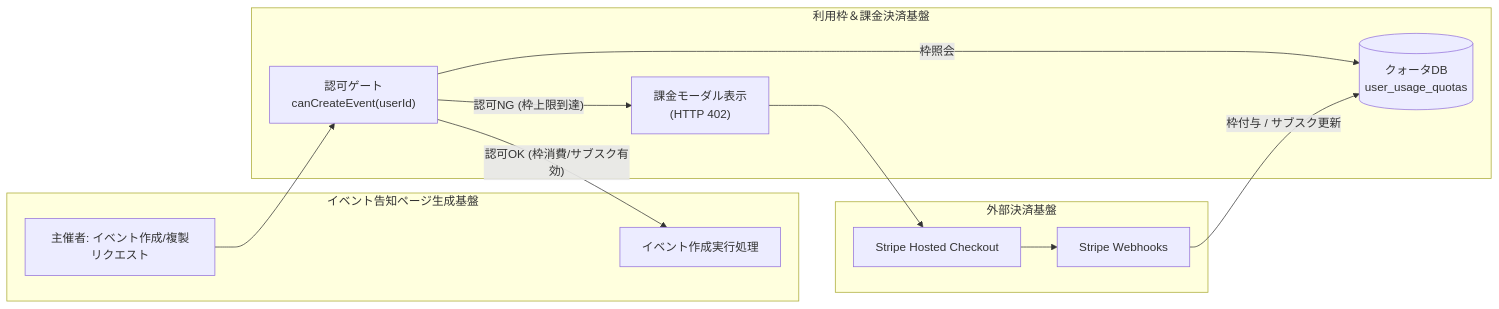
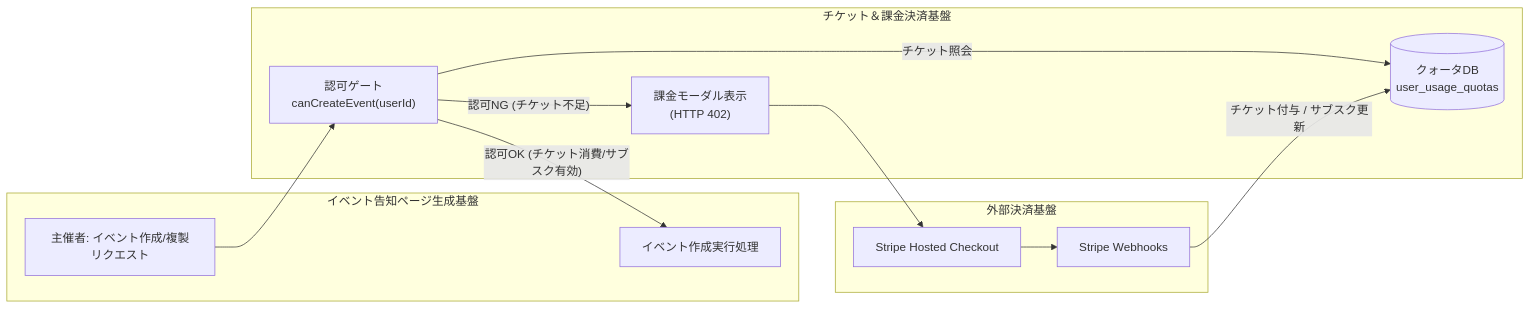
The first of 4 diagrams in docs/billing_and_quota_system_requirements.md (HirofumiSato/EventKreater), drawn with Mermaid before and after one commit. The commit also changed other lines of this file and 105 other files, not shown here.

````diff
--- a/docs/billing_and_quota_system_requirements.md
+++ b/docs/billing_and_quota_system_requirements.md
@@ -13,23 +13,23 @@
 ```mermaid
 flowchart LR
     subgraph EventService [イベント告知ページ生成基盤]
         CreateReq[主催者: イベント作成/複製リクエスト]
         CoreLogic[イベント作成実行処理]
     end
-    subgraph BillingEngine [利用枠＆課金決済基盤]
+    subgraph BillingEngine [チケット＆課金決済基盤]
         AuthGate["認可ゲート<br>canCreateEvent(userId)"]
         QuotaDB[(クォータDB<br>user_usage_quotas)]
         Modal["課金モーダル表示<br>(HTTP 402)"]
     end
     subgraph ExternalPayment [外部決済基盤]
         StripeCheckout[Stripe Hosted Checkout]
         StripeWebhook[Stripe Webhooks]
     end
     CreateReq --> AuthGate
-    AuthGate -- 枠照会 --> QuotaDB
-    AuthGate -- 認可OK (枠消費/サブスク有効) --> CoreLogic
-    AuthGate -- 認可NG (枠上限到達) --> Modal
+    AuthGate -- チケット照会 --> QuotaDB
+    AuthGate -- 認可OK (チケット消費/サブスク有効) --> CoreLogic
+    AuthGate -- 認可NG (チケット不足) --> Modal
     Modal --> StripeCheckout
     StripeCheckout --> StripeWebhook
-    StripeWebhook -- 枠付与 / サブスク更新 --> QuotaDB
+    StripeWebhook -- チケット付与 / サブスク更新 --> QuotaDB
 ```
````
